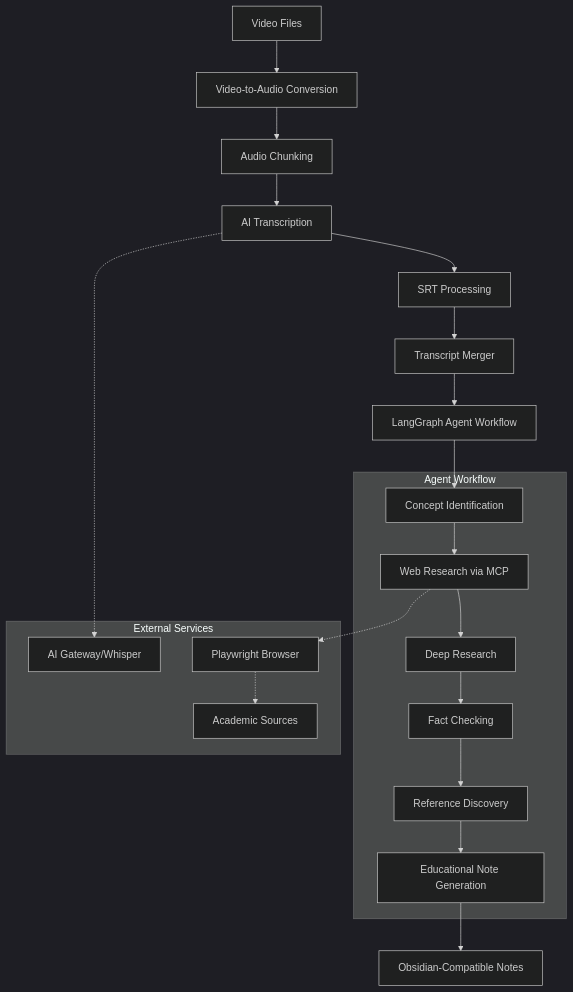
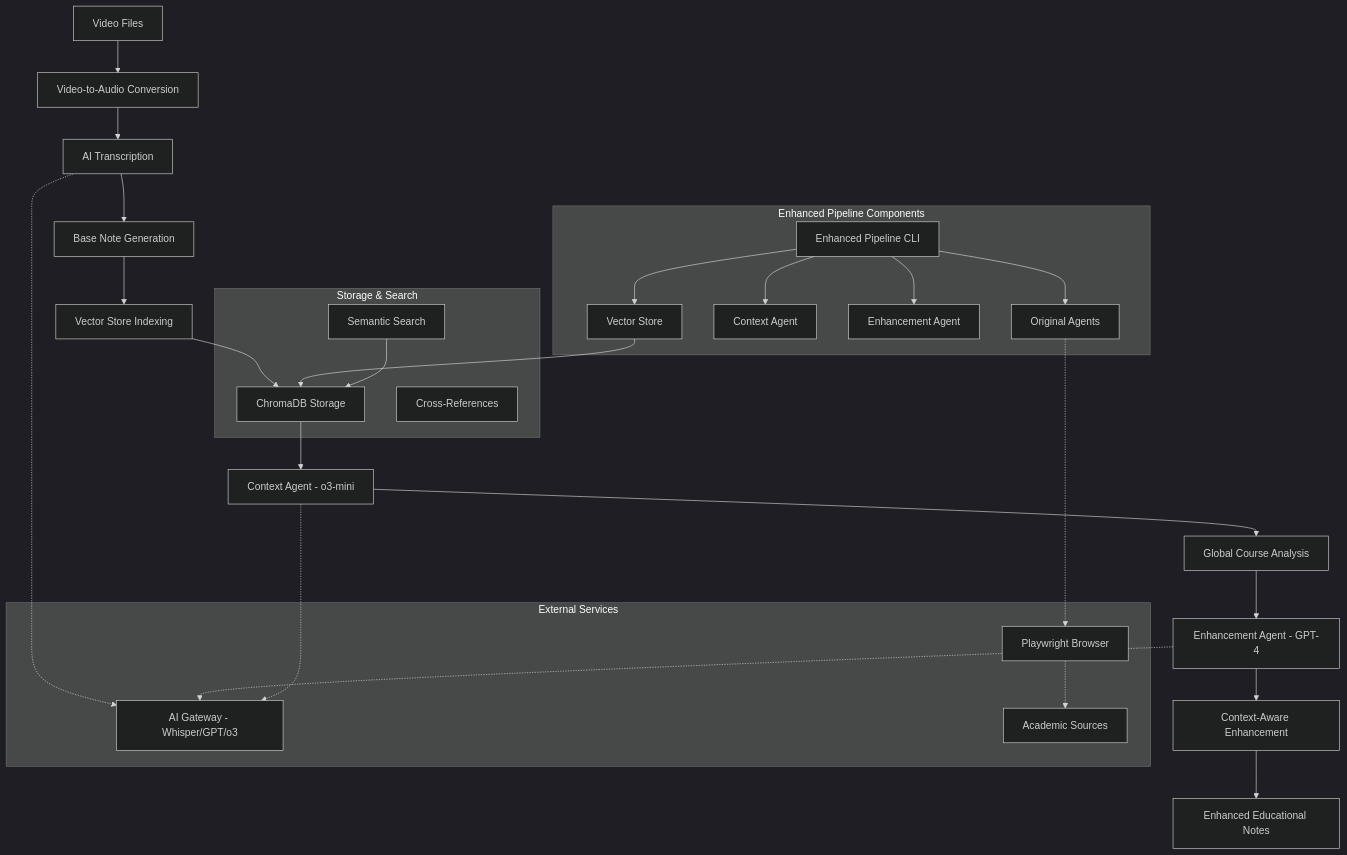
Before and after one commit to joselrodrigues/audiototext: the diagram in README.md, drawn with Mermaid (dark theme). The commit also changed other lines of this file and 15 other files, not shown here.

````diff
--- a/README.md
+++ b/README.md
@@ -24,38 +40,50 @@
 ```mermaid
 flowchart TD
     A[Video Files] --> B[Video-to-Audio Conversion]
-    B --> C[Audio Chunking]
-    C --> D[AI Transcription]
-    D --> E[SRT Processing]
-    E --> F[Transcript Merger]
+    B --> C[AI Transcription]
+    C --> D[Base Note Generation]
     
-    F --> G[LangGraph Agent Workflow]
+    D --> E[Vector Store Indexing]
+    E --> F[ChromaDB Storage]
     
-    G --> H[Concept Identification]
-    H --> I[Web Research via MCP]
-    I --> J[Deep Research]
-    J --> K[Fact Checking]
-    K --> L[Reference Discovery]
-    L --> M[Educational Note Generation]
+    F --> G[Context Agent - o3-mini]
+    G --> H[Global Course Analysis]
+    H --> I[Enhancement Agent - GPT-4]
+    I --> J[Context-Aware Enhancement]
     
-    M --> N[Obsidian-Compatible Notes]
+    J --> K[Enhanced Educational Notes]
     
-    subgraph "Agent Workflow"
-        H
-        I
-        J
-        K
-        L
-        M
+    subgraph "Enhanced Pipeline Components"
+        L[Enhanced Pipeline CLI]
+        M[Vector Store]
+        N[Context Agent]
+        O[Enhancement Agent]
+        P[Original Agents]
+    end
+    
+    subgraph "Storage & Search"
+        F
+        Q[Semantic Search]
+        R[Cross-References]
     end
     
     subgraph "External Services"
-        O[AI Gateway/Whisper]
-        P[Playwright Browser]
-        Q[Academic Sources]
+        S[AI Gateway - Whisper/GPT/o3]
+        T[Playwright Browser]
+        U[Academic Sources]
     end
     
-    D -.-> O
-    I -.-> P
-    P -.-> Q
+    L --> M
+    L --> N
+    L --> O
+    L --> P
+    
+    M --> F
+    Q --> F
+    
+    C -.-> S
+    I -.-> S
+    G -.-> S
+    P -.-> T
+    T -.-> U
 ```
````
